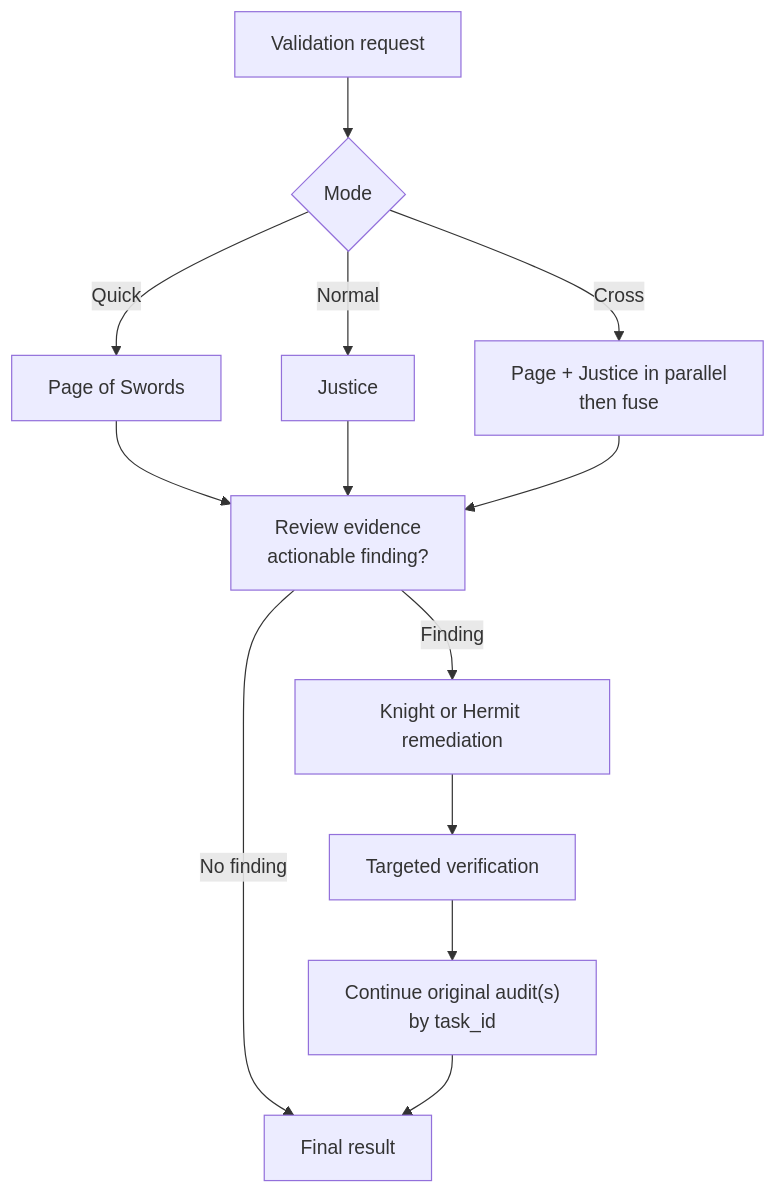
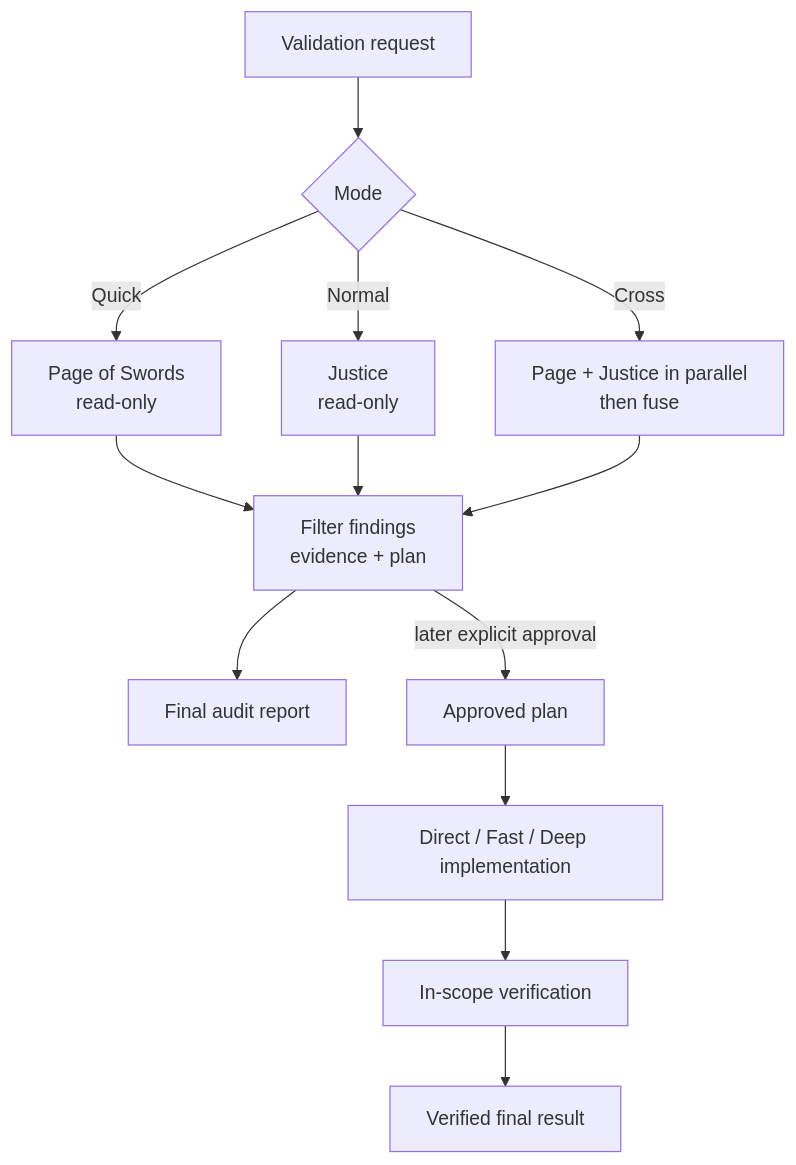
The second of 3 diagrams in README.md (bsosik1/opencode-arcana), drawn with Mermaid before and after one commit. The commit also changed other lines of this file and 17 other files, not shown here.

````diff
--- a/README.md
+++ b/README.md
@@ -91,15 +101,15 @@
 ```mermaid
 flowchart TD
     request["Validation request"] --> mode{"Mode"}
-    mode -->|Quick| page["Page of Swords"]
-    mode -->|Normal| justice["Justice"]
+    mode -->|Quick| page["Page of Swords<br/>read-only"]
+    mode -->|Normal| justice["Justice<br/>read-only"]
     mode -->|Cross| cross["Page + Justice in parallel<br/>then fuse"]
-    page --> review["Review evidence<br/>actionable finding?"]
-    justice --> review
-    cross --> review
-    review -->|No finding| final["Final result"]
-    review -->|Finding| remediate["Knight or Hermit remediation"]
-    remediate --> targeted["Targeted verification"]
-    targeted --> resume["Continue original audit(s)<br/>by task_id"]
-    resume --> final
+    page --> report["Filter findings<br/>evidence + plan"]
+    justice --> report
+    cross --> report
+    report --> final["Final audit report"]
+    report -->|later explicit approval| approved["Approved plan"]
+    approved --> implementation["Direct / Fast / Deep implementation"]
+    implementation --> verification["In-scope verification"]
+    verification --> completed["Verified final result"]
 ```
````
